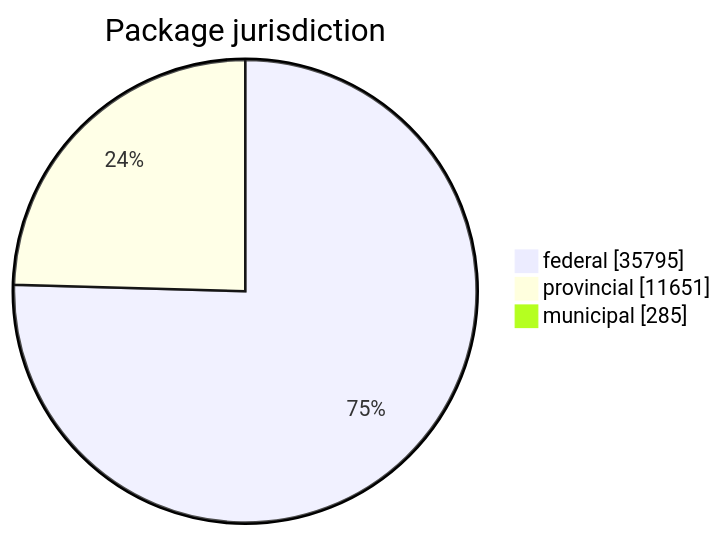
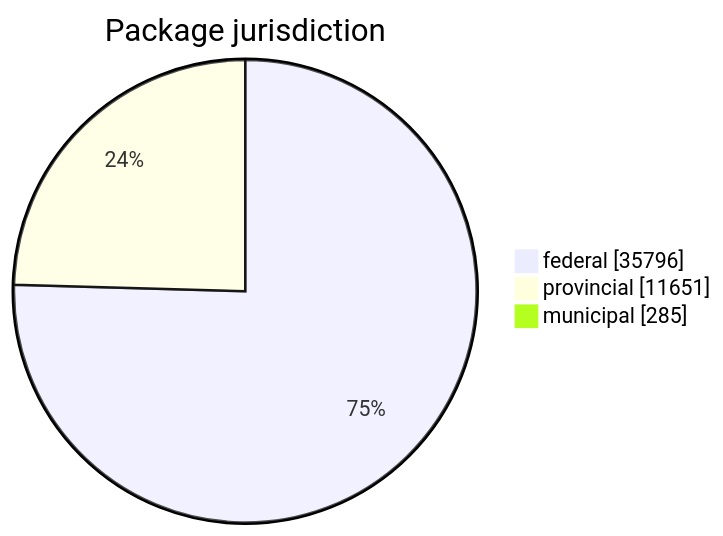
The first of 5 diagrams in FreshCheck/README.md (open-data/analytics-corporate-reporting), drawn with Mermaid before and after one commit. The commit also changed other lines of this file and 3 other files, not shown here.

````diff
--- a/FreshCheck/README.md
+++ b/FreshCheck/README.md
@@ -60,6 +60,6 @@
 ```mermaid
 pie showData title Package jurisdiction
-    "federal": 35795
+    "federal": 35796
     "provincial": 11651
     "municipal": 285
 ```
````
